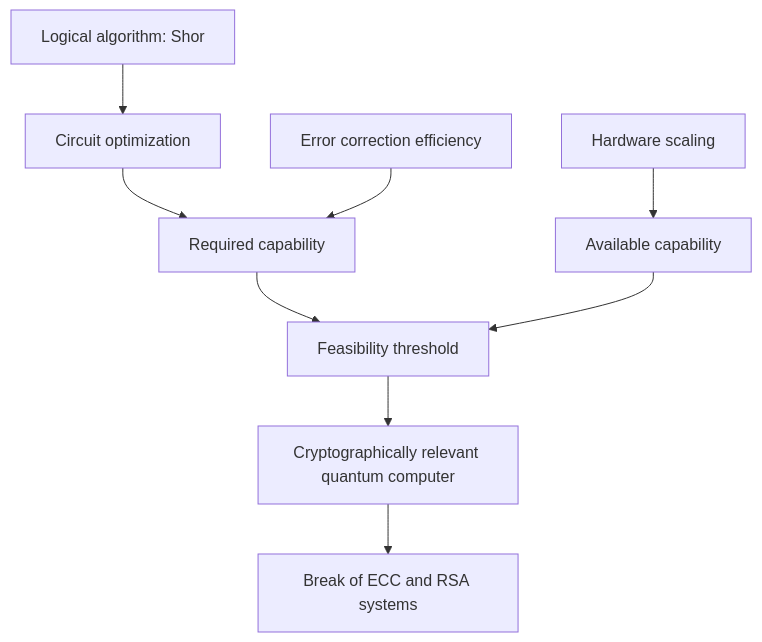
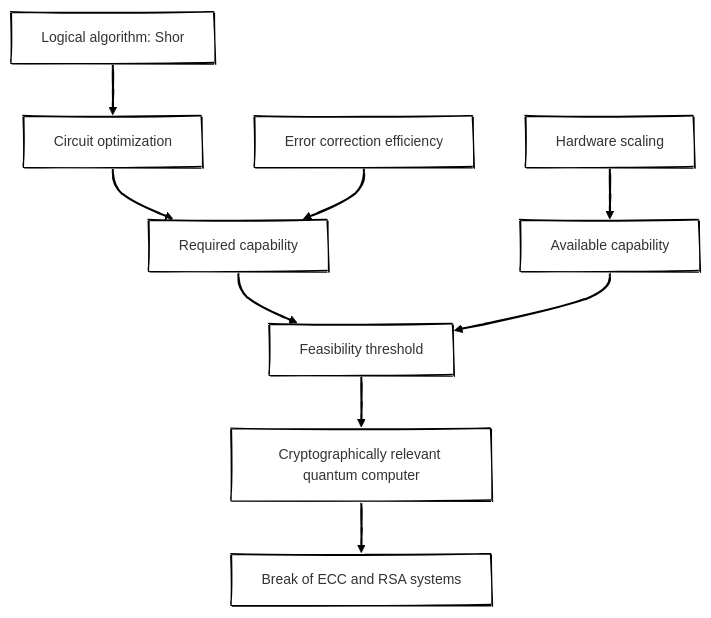
Before and after one commit to antomon/antomon.github.io: the third of 4 diagrams in posts/quantum-cryptography-edge-feasibility-resource-estimates-architectural-divergence-systemic-risk/index.qmd, drawn with Mermaid. The commit also changed other lines of this file and 6 other files, not shown here.

````diff
--- a/posts/quantum-cryptography-edge-feasibility-resource-estimates-architectural-divergence-systemic-risk/index.qmd
+++ b/posts/quantum-cryptography-edge-feasibility-resource-estimates-architectural-divergence-systemic-risk/index.qmd
@@ -265,23 +277,28 @@
 ```{mermaid} 
+%%| label: fig-quantum-convergence-model
+%%| fig-cap: Convergence model showing how circuit optimization, error correction, and hardware scaling determine feasibility
+%%| fig-alt: Diagram showing logical algorithm feeding required capability, hardware scaling feeding available capability, intersecting at feasibility threshold
+%%| fig-align: center
+%%{init: {"theme": "neo", "look": "handDrawn"}}%%
 flowchart TD
 
     A[Logical algorithm: Shor]
     B[Circuit optimization]
     C[Error correction efficiency]
     D[Hardware scaling]
 
     E[Required capability]
     F[Available capability]
 
     G[Feasibility threshold]
 
     A --> B --> E
     C --> E
     D --> F
 
     E --> G
     F --> G
 
     G --> H[Cryptographically relevant quantum computer]
     H --> I[Break of ECC and RSA systems]
 ```
````
